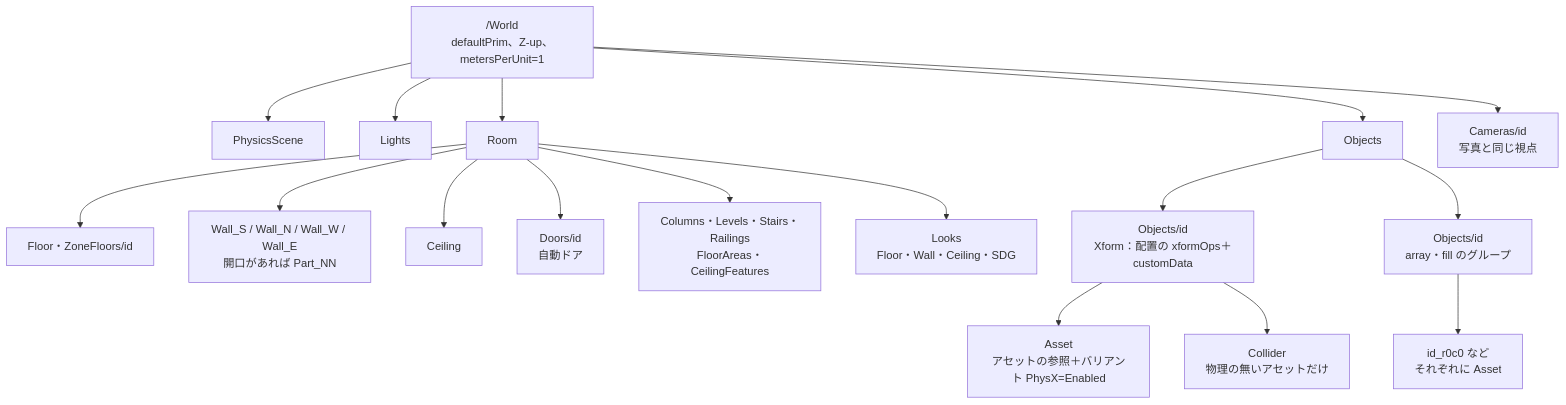
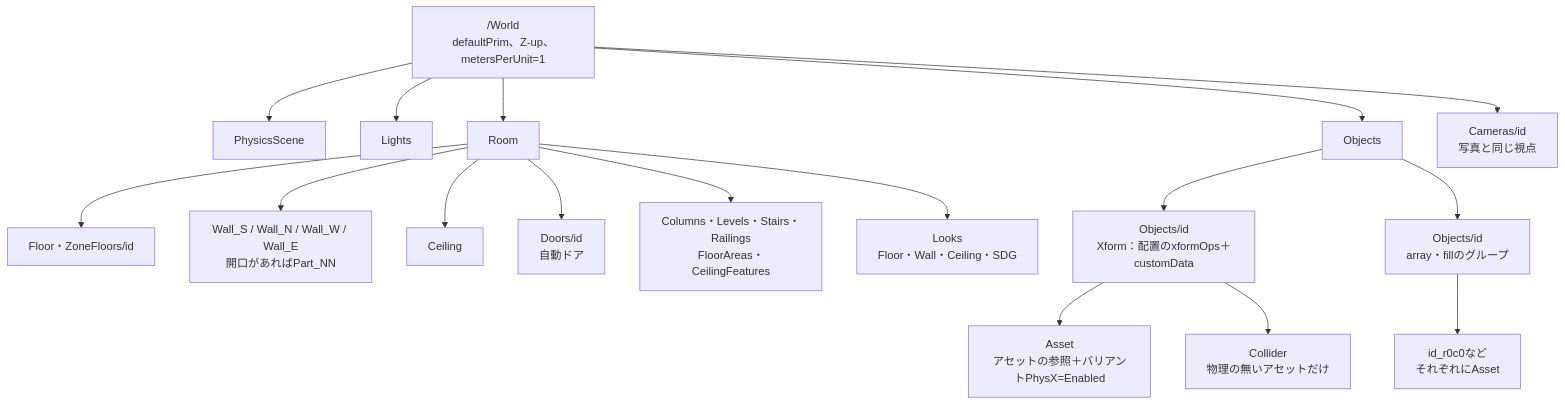
The sixth of 9 diagrams in docs/architecture.md (atinfinity/agentic-sim-world-gen), drawn with Mermaid before and after one commit. The commit also changed other lines of this file and 4 other files, not shown here.

Commit message:
Japanese docs: drop half-width spaces between Japanese and ASCII in the mermaid diagrams too

````diff
--- a/docs/architecture.md
+++ b/docs/architecture.md
@@ -321,19 +321,19 @@
 ```mermaid
 flowchart TD
     world["/World<br/>defaultPrim、Z-up、metersPerUnit=1"] --> phys["PhysicsScene"]
     world --> lights["Lights"]
     world --> room["Room"]
     world --> objects["Objects"]
     world --> cams["Cameras/id<br/>写真と同じ視点"]
     room --> floor["Floor・ZoneFloors/id"]
-    room --> walls["Wall_S / Wall_N / Wall_W / Wall_E<br/>開口があれば Part_NN"]
+    room --> walls["Wall_S / Wall_N / Wall_W / Wall_E<br/>開口があればPart_NN"]
     room --> ceil["Ceiling"]
     room --> doors["Doors/id<br/>自動ドア"]
     room --> parts["Columns・Levels・Stairs・Railings<br/>FloorAreas・CeilingFeatures"]
     room --> looks["Looks<br/>Floor・Wall・Ceiling・SDG"]
-    objects --> obj["Objects/id<br/>Xform：配置の xformOps＋customData"]
-    obj --> asset["Asset<br/>アセットの参照＋バリアント PhysX=Enabled"]
+    objects --> obj["Objects/id<br/>Xform：配置のxformOps＋customData"]
+    obj --> asset["Asset<br/>アセットの参照＋バリアントPhysX=Enabled"]
     obj --> col["Collider<br/>物理の無いアセットだけ"]
-    objects --> grp["Objects/id<br/>array・fill のグループ"]
-    grp --> unit["id_r0c0 など<br/>それぞれに Asset"]
+    objects --> grp["Objects/id<br/>array・fillのグループ"]
+    grp --> unit["id_r0c0など<br/>それぞれにAsset"]
 ```
````
